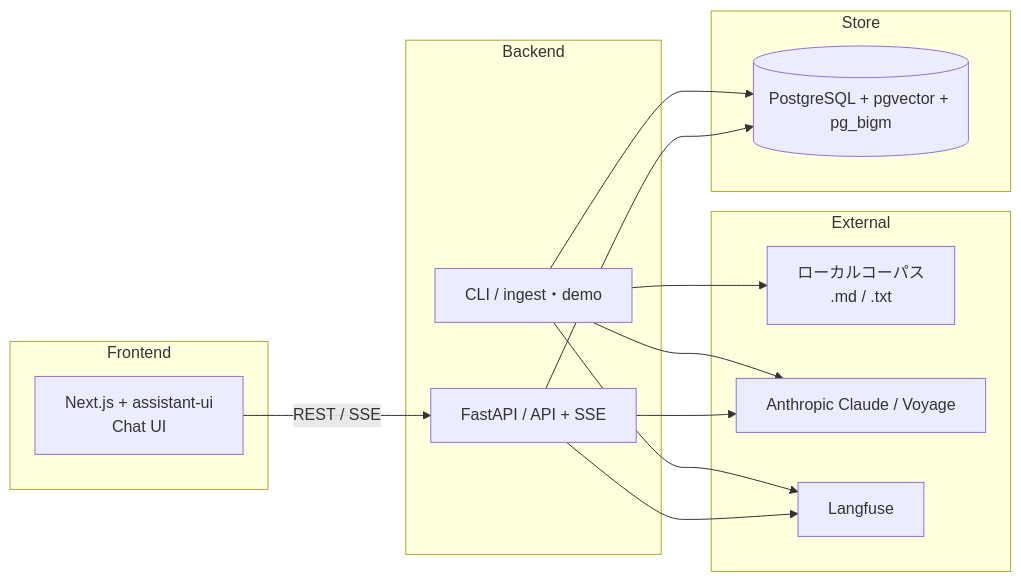
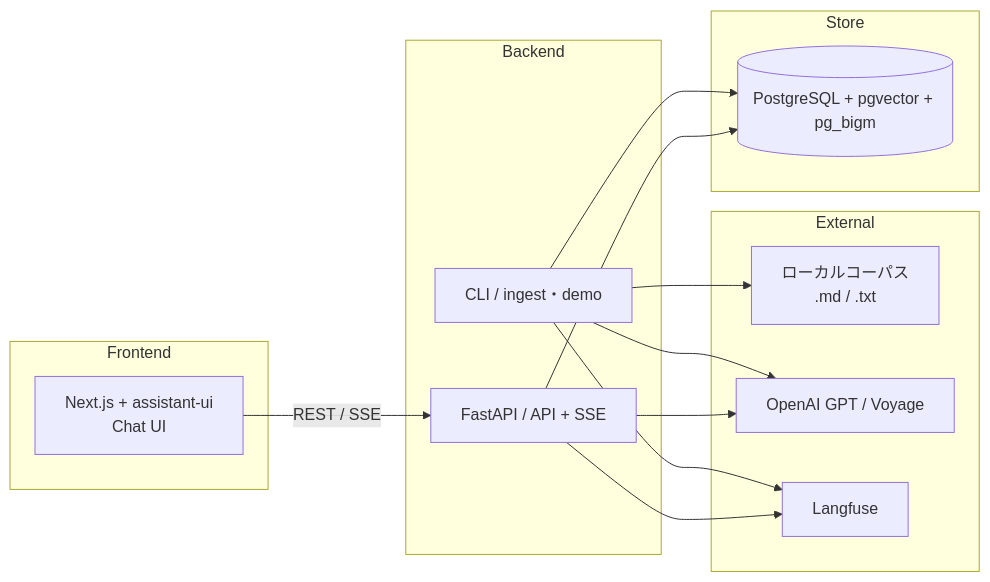
One commit to mskzuki/private_rag_apps changed the first of 3 diagrams in docs/architecture.md. Above: the diagram before and after it, drawn with Mermaid. The commit also changed other lines of this file and 23 other files, not shown here.

````diff
--- a/docs/architecture.md
+++ b/docs/architecture.md
@@ -13,27 +13,27 @@
 ```mermaid
 flowchart LR
     subgraph client[Frontend]
       web[Next.js + assistant-ui<br/>Chat UI]
     end
     subgraph server[Backend]
       api[FastAPI / API + SSE]
       cli[CLI / ingest・demo]
     end
     subgraph store[Store]
       pg[(PostgreSQL + pgvector + pg_bigm)]
     end
     subgraph ext[External]
       corpus[ローカルコーパス<br/>.md / .txt]
-      ai[Anthropic Claude / Voyage]
+      ai[OpenAI GPT / Voyage]
       lf[Langfuse]
     end
 
     web -->|REST / SSE| api
     api --> pg
     api --> ai
     api --> lf
     cli --> corpus
     cli --> ai
     cli --> pg
     cli --> lf
 ```
````
